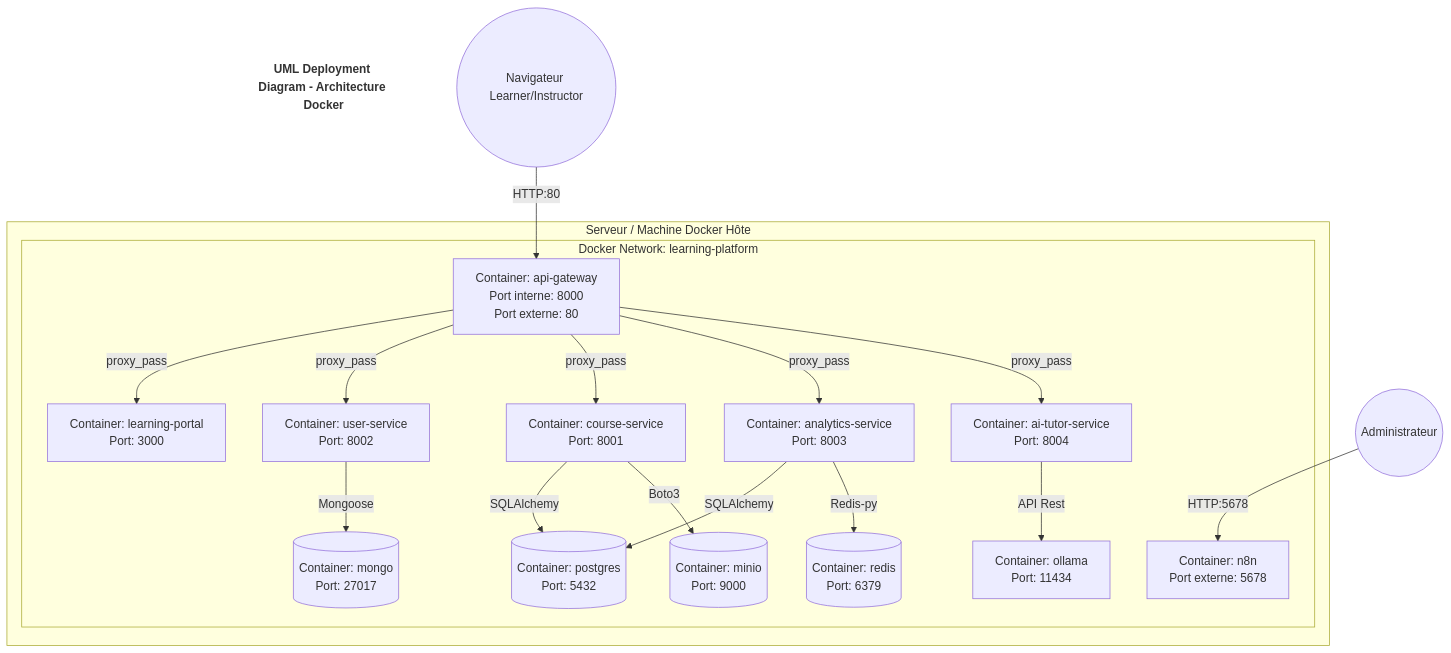
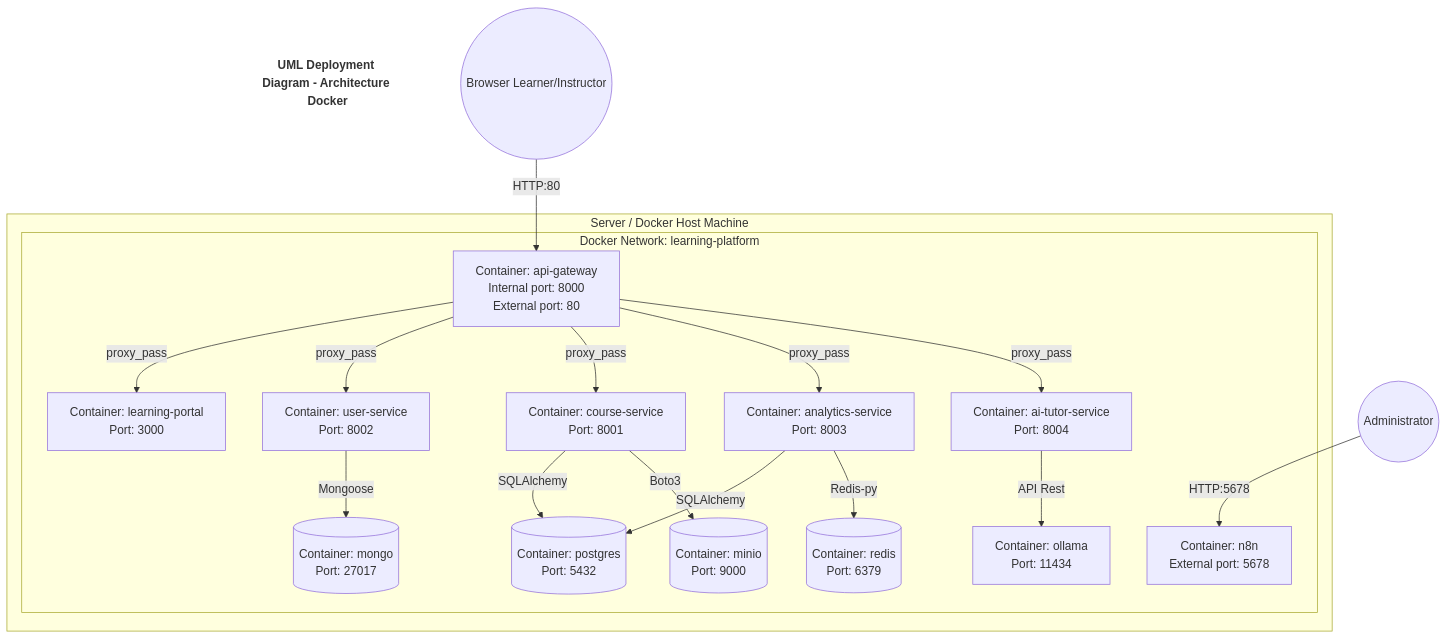
Before and after one commit to Sen-Se1/elearning-microservice-platform: the tenth of 10 diagrams in architecture.md, drawn with Mermaid. The commit also changed other lines of this file, not shown here.

Commit message:
docs: localize architecture terminology to English and refine Use Case diagrams

````diff
--- a/architecture.md
+++ b/architecture.md
@@ -499,42 +499,42 @@
 ```mermaid
 flowchart TD
     title["UML Deployment Diagram - Architecture Docker"]
     style title fill:none,stroke:none,font-weight:bold,font-size:16px
 
-    subgraph Host[Serveur / Machine Docker Hôte]
+    subgraph Host[Server / Docker Host Machine]
         subgraph DockerNetwork[Docker Network: learning-platform]
-            Gateway["Container: api-gateway<br/>Port interne: 8000<br/>Port externe: 80"]
+            Gateway["Container: api-gateway<br/>Internal port: 8000<br/>External port: 80"]
             
             Frontend["Container: learning-portal<br/>Port: 3000"]
             
             UserSvc["Container: user-service<br/>Port: 8002"]
             CourseSvc["Container: course-service<br/>Port: 8001"]
             AnalyticsSvc["Container: analytics-service<br/>Port: 8003"]
             AITutorSvc["Container: ai-tutor-service<br/>Port: 8004"]
-            N8N["Container: n8n<br/>Port externe: 5678"]
+            N8N["Container: n8n<br/>External port: 5678"]
             
             Ollama["Container: ollama<br/>Port: 11434"]
             
             PG[("Container: postgres<br/>Port: 5432")]
             Mongo[("Container: mongo<br/>Port: 27017")]
             Redis[("Container: redis<br/>Port: 6379")]
             Minio[("Container: minio<br/>Port: 9000")]
         end
     end
     
-    Client((Navigateur Learner/Instructor)) -->|HTTP:80| Gateway
-    Admin((Administrateur)) -->|HTTP:5678| N8N
+    Client((Browser Learner/Instructor)) -->|HTTP:80| Gateway
+    Admin((Administrator)) -->|HTTP:5678| N8N
     
     Gateway -->|proxy_pass| Frontend
     Gateway -->|proxy_pass| UserSvc
     Gateway -->|proxy_pass| CourseSvc
     Gateway -->|proxy_pass| AnalyticsSvc
     Gateway -->|proxy_pass| AITutorSvc
     
     UserSvc -->|Mongoose| Mongo
     CourseSvc -->|SQLAlchemy| PG
     CourseSvc -->|Boto3| Minio
     AnalyticsSvc -->|SQLAlchemy| PG
     AnalyticsSvc -->|Redis-py| Redis
     AITutorSvc -->|API Rest| Ollama
 ```
````
